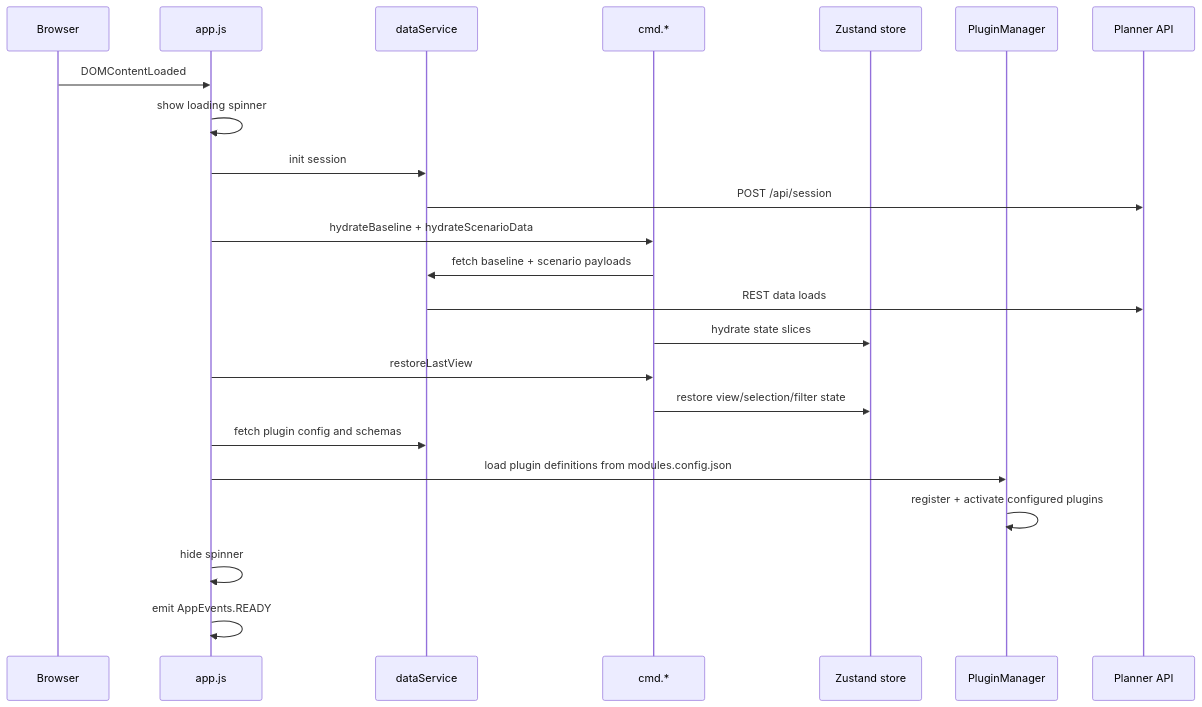
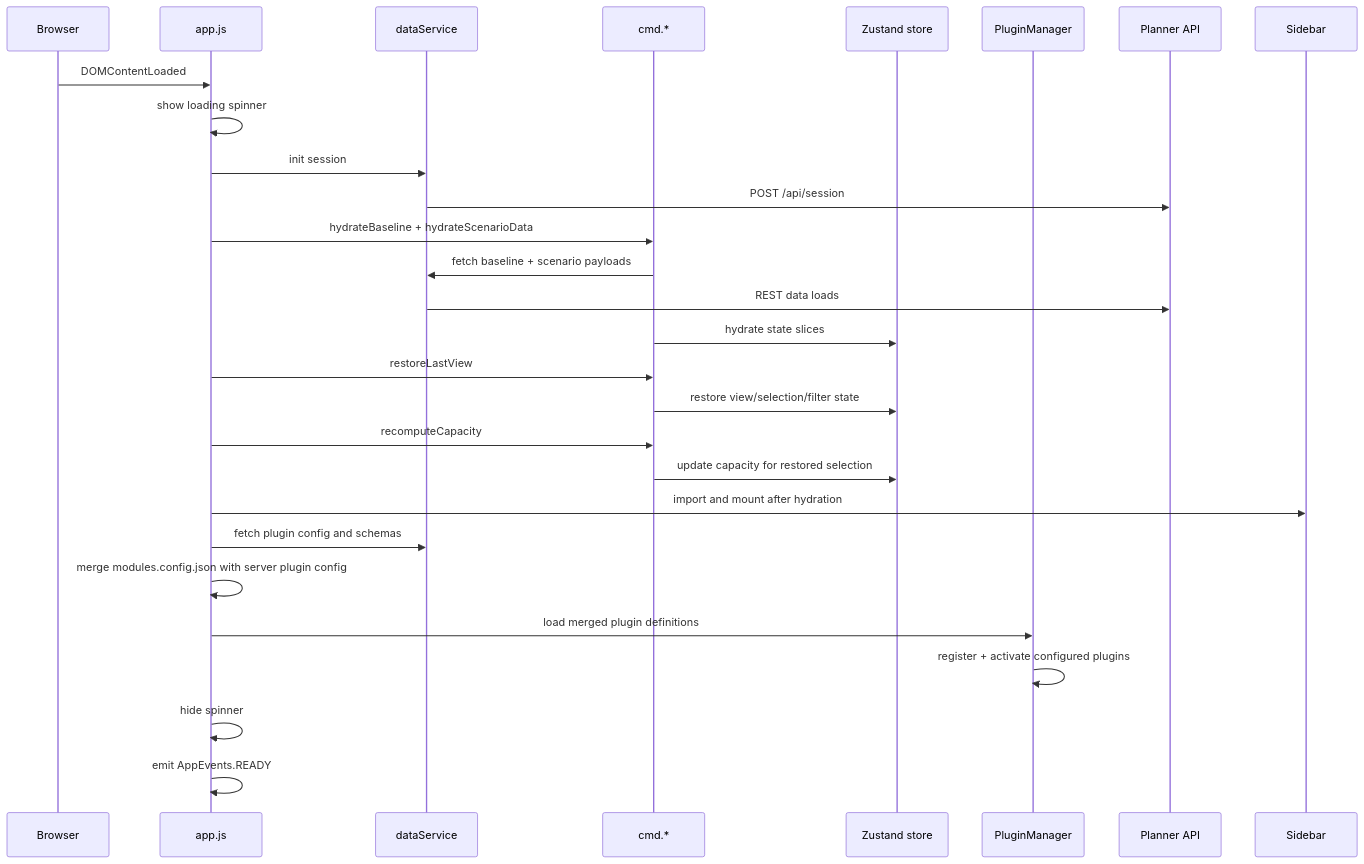
Before and after one commit to kpoppel/PlannerTool: the third of 4 diagrams in docs/ARCHITECTURE.md, drawn with Mermaid. The commit also changed other lines of this file, not shown here.

Commit message:
Updated architecture

````diff
--- a/docs/ARCHITECTURE.md
+++ b/docs/ARCHITECTURE.md
@@ -183,26 +201,31 @@
 ```mermaid
 sequenceDiagram
     participant Browser
     participant App as app.js
     participant Data as dataService
     participant Cmd as cmd.*
     participant Store as Zustand store
     participant PM as PluginManager
     participant API as Planner API
+    participant Sidebar
 
     Browser->>App: DOMContentLoaded
     App->>App: show loading spinner
     App->>Data: init session
     Data->>API: POST /api/session
     App->>Cmd: hydrateBaseline + hydrateScenarioData
     Cmd->>Data: fetch baseline + scenario payloads
     Data->>API: REST data loads
     Cmd->>Store: hydrate state slices
     App->>Cmd: restoreLastView
     Cmd->>Store: restore view/selection/filter state
+    App->>Cmd: recomputeCapacity
+    Cmd->>Store: update capacity for restored selection
+    App->>Sidebar: import and mount after hydration
     App->>Data: fetch plugin config and schemas
-    App->>PM: load plugin definitions from modules.config.json
+    App->>App: merge modules.config.json with server plugin config
+    App->>PM: load merged plugin definitions
     PM->>PM: register + activate configured plugins
     App->>App: hide spinner
     App->>App: emit AppEvents.READY
 ```
````
